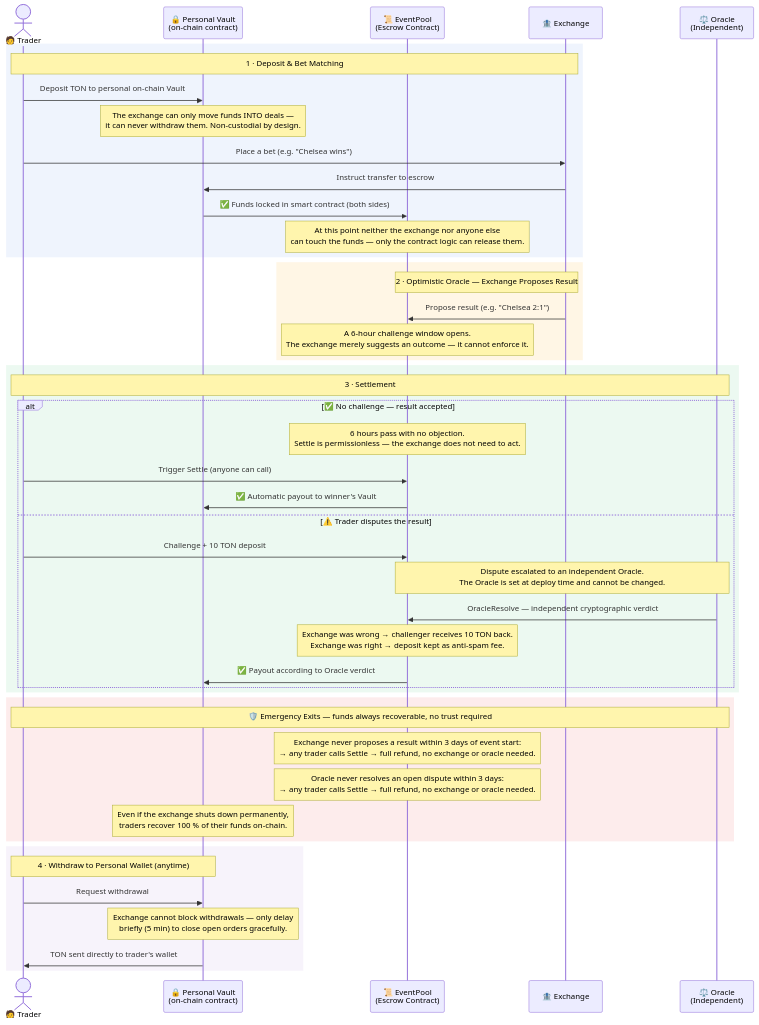
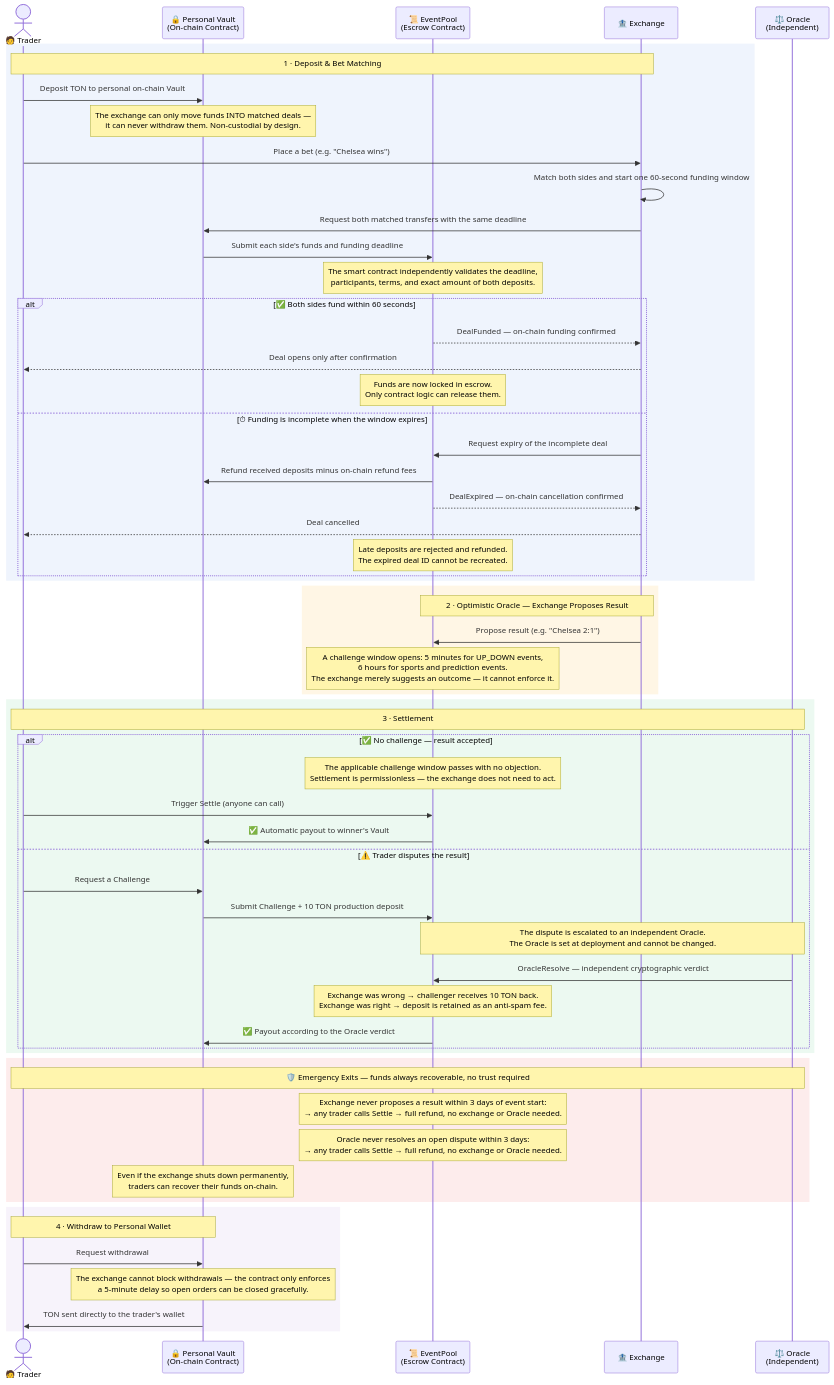
Before and after one commit to TonFair/tonfair: the diagram in README.md, drawn with Mermaid. The commit also changed other lines of this file, not shown here.

````diff
--- a/README.md
+++ b/README.md
@@ -17,53 +22,66 @@
 ```mermaid
 sequenceDiagram
     actor User as 🧑 Trader
-    participant Vault as 🔒 Personal Vault<br/>(on-chain contract)
+    participant Vault as 🔒 Personal Vault<br/>(On-chain Contract)
     participant EventPool as 📜 EventPool<br/>(Escrow Contract)
     participant Exchange as 🏦 Exchange
     participant Oracle as ⚖️ Oracle<br/>(Independent)
 
     rect rgba(100, 149, 237, 0.10)
         Note over User,Exchange: 1 · Deposit & Bet Matching
         User->>Vault: Deposit TON to personal on-chain Vault
-        Note over Vault: The exchange can only move funds INTO deals —<br/>it can never withdraw them. Non-custodial by design.
+        Note over Vault: The exchange can only move funds INTO matched deals —<br/>it can never withdraw them. Non-custodial by design.
         User->>Exchange: Place a bet (e.g. "Chelsea wins")
-        Exchange->>Vault: Instruct transfer to escrow
-        Vault->>EventPool: ✅ Funds locked in smart contract (both sides)
-        Note over EventPool: At this point neither the exchange nor anyone else<br/>can touch the funds — only the contract logic can release them.
+        Exchange->>Exchange: Match both sides and start one 60-second funding window
+        Exchange->>Vault: Request both matched transfers with the same deadline
+        Vault->>EventPool: Submit each side's funds and funding deadline
+        Note over EventPool: The smart contract independently validates the deadline,<br/>participants, terms, and exact amount of both deposits.
+        alt ✅ Both sides fund within 60 seconds
+            EventPool-->>Exchange: DealFunded — on-chain funding confirmed
+            Exchange-->>User: Deal opens only after confirmation
+            Note over EventPool: Funds are now locked in escrow.<br/>Only contract logic can release them.
+        else ⏱ Funding is incomplete when the window expires
+            Exchange->>EventPool: Request expiry of the incomplete deal
+            EventPool->>Vault: Refund received deposits minus on-chain refund fees
+            EventPool-->>Exchange: DealExpired — on-chain cancellation confirmed
+            Exchange-->>User: Deal cancelled
+            Note over EventPool: Late deposits are rejected and refunded.<br/>The expired deal ID cannot be recreated.
+        end
     end
 
     rect rgba(255, 165, 0, 0.10)
         Note over Exchange,EventPool: 2 · Optimistic Oracle — Exchange Proposes Result
-        Exchange->>EventPool: Propose result  (e.g. "Chelsea 2:1")
-        Note over EventPool: A 6-hour challenge window opens.<br/>The exchange merely suggests an outcome — it cannot enforce it.
+        Exchange->>EventPool: Propose result (e.g. "Chelsea 2:1")
+        Note over EventPool: A challenge window opens: 5 minutes for UP_DOWN events,<br/>6 hours for sports and prediction events.<br/>The exchange merely suggests an outcome — it cannot enforce it.
     end
 
     rect rgba(72, 199, 116, 0.10)
         Note over User,Oracle: 3 · Settlement
         alt ✅ No challenge — result accepted
-            Note over EventPool: 6 hours pass with no objection.<br/>Settle is permissionless — the exchange does not need to act.
+            Note over EventPool: The applicable challenge window passes with no objection.<br/>Settlement is permissionless — the exchange does not need to act.
             User->>EventPool: Trigger Settle (anyone can call)
             EventPool->>Vault: ✅ Automatic payout to winner's Vault
         else ⚠️ Trader disputes the result
-            User->>EventPool: Challenge + 10 TON deposit
-            Note over Oracle,EventPool: Dispute escalated to an independent Oracle.<br/>The Oracle is set at deploy time and cannot be changed.
+            User->>Vault: Request a Challenge
+            Vault->>EventPool: Submit Challenge + 10 TON production deposit
+            Note over Oracle,EventPool: The dispute is escalated to an independent Oracle.<br/>The Oracle is set at deployment and cannot be changed.
             Oracle->>EventPool: OracleResolve — independent cryptographic verdict
-            Note over EventPool: Exchange was wrong → challenger receives 10 TON back.<br/>Exchange was right  → deposit kept as anti-spam fee.
-            EventPool->>Vault: ✅ Payout according to Oracle verdict
+            Note over EventPool: Exchange was wrong → challenger receives 10 TON back.<br/>Exchange was right → deposit is retained as an anti-spam fee.
+            EventPool->>Vault: ✅ Payout according to the Oracle verdict
         end
     end
 
     rect rgba(236, 100, 100, 0.12)
         Note over User,Oracle: 🛡️ Emergency Exits — funds always recoverable, no trust required
-        Note over EventPool: Exchange never proposes a result within 3 days of event start:<br/>→ any trader calls Settle → full refund, no exchange or oracle needed.
-        Note over EventPool: Oracle never resolves an open dispute within 3 days:<br/>→ any trader calls Settle → full refund, no exchange or oracle needed.
-        Note over Vault: Even if the exchange shuts down permanently,<br/>traders recover 100 % of their funds on-chain.
+        Note over EventPool: Exchange never proposes a result within 3 days of event start:<br/>→ any trader calls Settle → full refund, no exchange or Oracle needed.
+        Note over EventPool: Oracle never resolves an open dispute within 3 days:<br/>→ any trader calls Settle → full refund, no exchange or Oracle needed.
+        Note over Vault: Even if the exchange shuts down permanently,<br/>traders can recover their funds on-chain.
     end
 
     rect rgba(180, 140, 210, 0.10)
-        Note over User,Vault: 4 · Withdraw to Personal Wallet (anytime)
+        Note over User,Vault: 4 · Withdraw to Personal Wallet
         User->>Vault: Request withdrawal
-        Note over Vault: Exchange cannot block withdrawals — only delay<br/>briefly (5 min) to close open orders gracefully.
-        Vault->>User: TON sent directly to trader's wallet
+        Note over Vault: The exchange cannot block withdrawals — the contract only enforces<br/>a 5-minute delay so open orders can be closed gracefully.
+        Vault->>User: TON sent directly to the trader's wallet
     end
 ```
````
